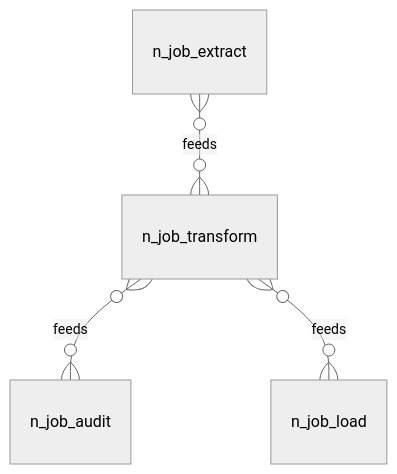
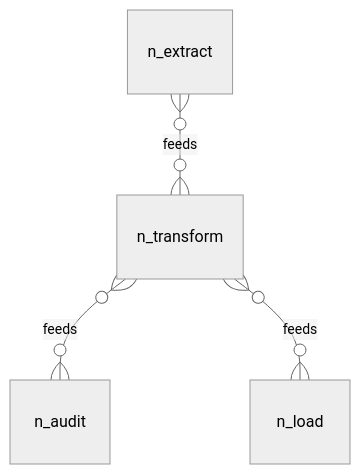
The diagram in use-cases/12-relations/expected/diagram-er.mmd (aontu-lang/aontu), drawn with Mermaid (neutral theme) before and after one commit. The commit also changed 6 other files, not shown here.

```diff
--- a/use-cases/12-relations/expected/diagram-er.mmd
+++ b/use-cases/12-relations/expected/diagram-er.mmd
@@ -1,4 +1,4 @@
 erDiagram
-  n_job_extract }o--o{ n_job_transform : "feeds"
-  n_job_transform }o--o{ n_job_audit : "feeds"
-  n_job_transform }o--o{ n_job_load : "feeds"
+  n_extract }o--o{ n_transform : "feeds"
+  n_transform }o--o{ n_audit : "feeds"
+  n_transform }o--o{ n_load : "feeds"
```
